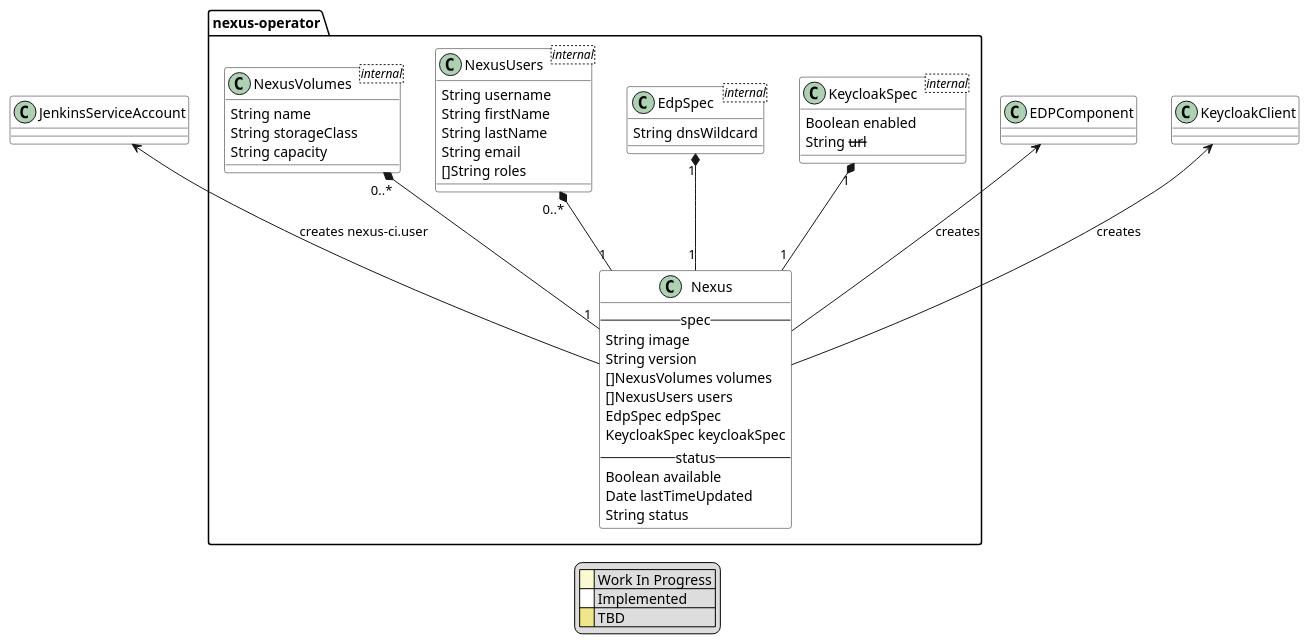
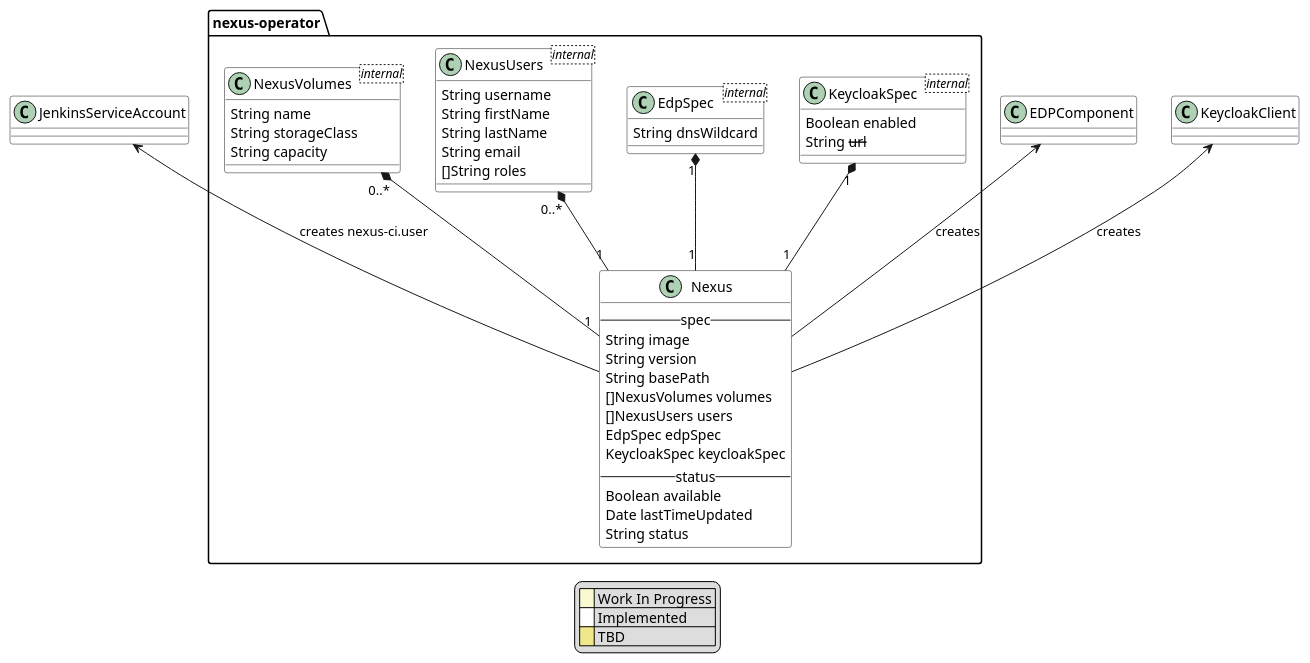
The diagram in documentation/puml/arch.puml (epam/edp-nexus-operator), drawn with PlantUML before and after one commit. The commit also changed 9 other files, not shown here.

```diff
--- a/documentation/puml/arch.puml
+++ b/documentation/puml/arch.puml
@@ -1,65 +1,66 @@
 @startuml
 
 skinparam class {
     BackgroundColor #white
 	BackgroundColor<<wip>> LightGoldenRodYellow
 	BackgroundColor<<tbd>> Khaki
 }
 
 package nexus-operator {
     class Nexus {
         -- spec --
         String image
         String version
+        String basePath
         []NexusVolumes volumes
         []NexusUsers users
         EdpSpec edpSpec
         KeycloakSpec keycloakSpec
         -- status --
         Boolean available
         Date lastTimeUpdated
         String status
     }
 
     KeycloakSpec "1" *-- "1" Nexus
     class KeycloakSpec <internal> {
         Boolean enabled
         String --url--
     }
 
     EdpSpec "1" *-- "1" Nexus
     class EdpSpec <internal> {
         String dnsWildcard
     }
 
     NexusUsers "0..*" *-- "1" Nexus
     class NexusUsers <internal> {
         String username
         String firstName
         String lastName
         String email
         []String roles
     }
 
     NexusVolumes "0..*" *-- "1" Nexus
     class NexusVolumes <internal> {
         String name
         String storageClass
         String capacity
     }
 
 
 }
 
 
 JenkinsServiceAccount <-d- Nexus : creates nexus-ci.user
 EDPComponent <-d- Nexus : creates
 KeycloakClient <-d- Nexus : creates
 
 legend
 |<back:LightGoldenRodYellow>    </back>| Work In Progress |
 |<back:White>    </back>| Implemented |
 |<back:Khaki>    </back>| TBD |
 endlegend
 
 @enduml
```
